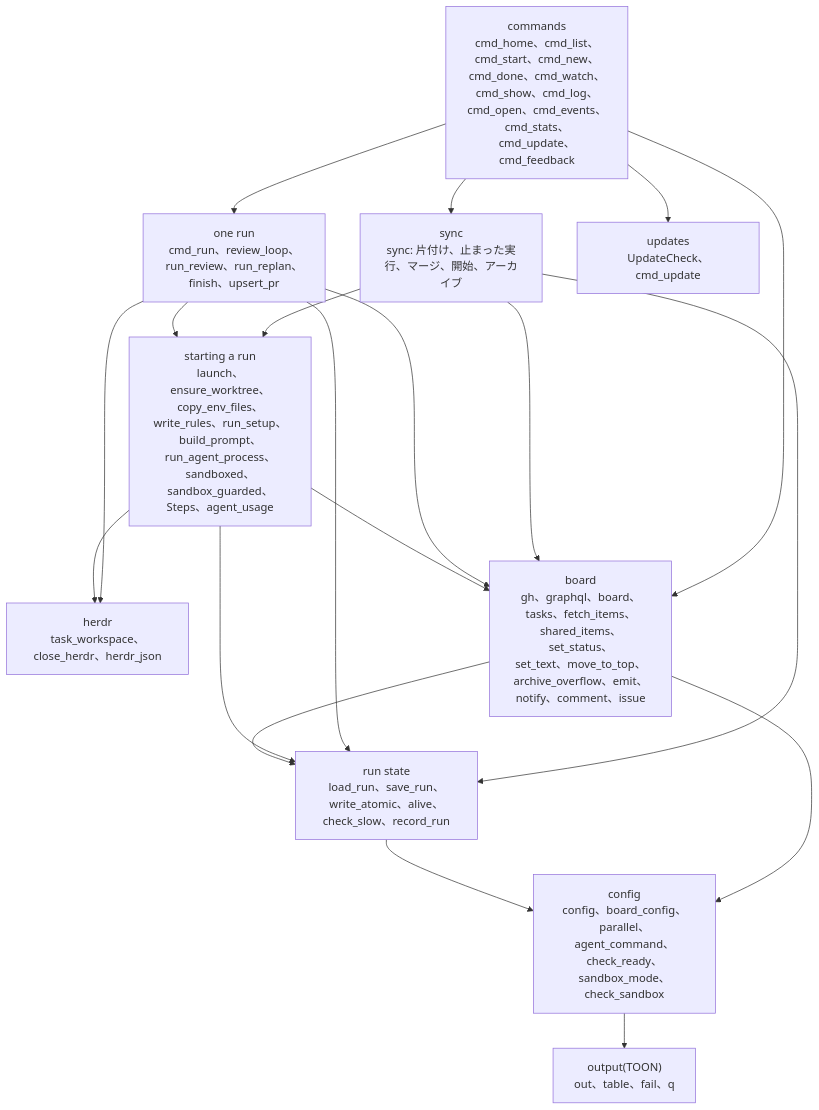
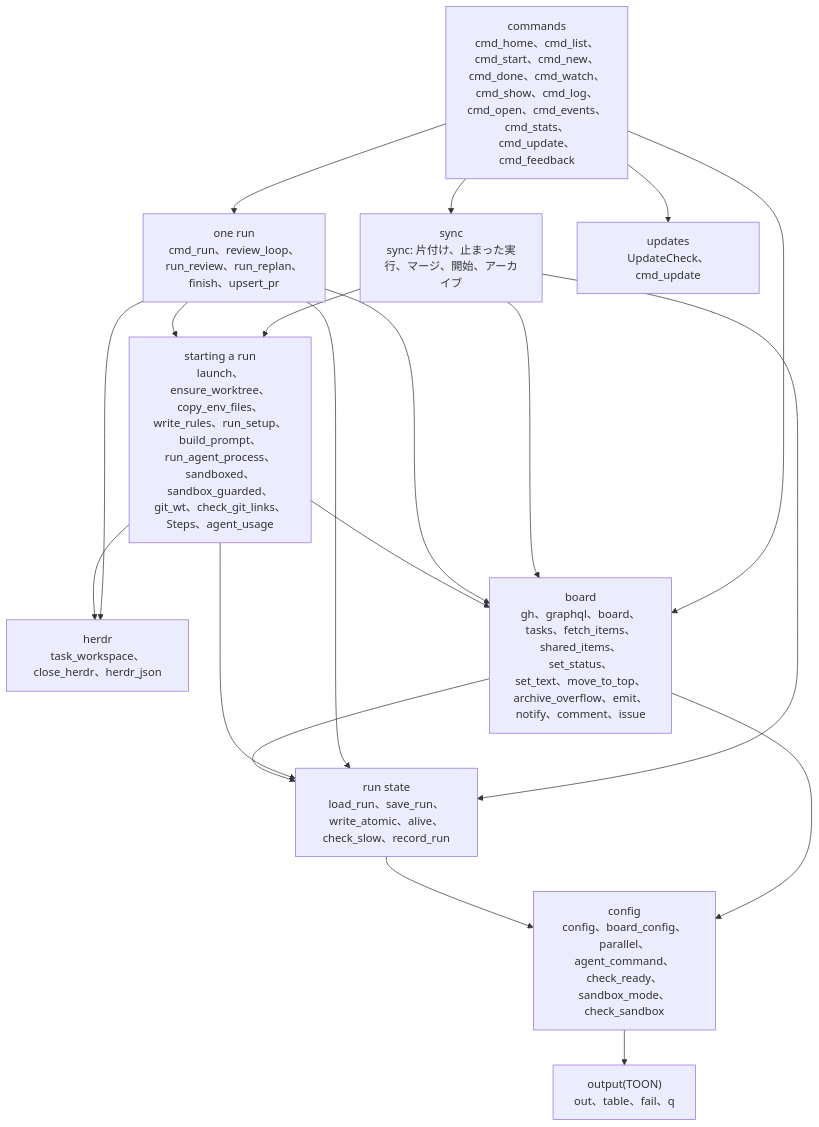
The first of 7 diagrams in docs/architecture/lld.md (jyoka/task-hub), drawn with Mermaid before and after one commit. The commit also changed other lines of this file and 4 other files, not shown here.

````diff
--- a/docs/architecture/lld.md
+++ b/docs/architecture/lld.md
@@ -11,32 +11,32 @@
 ```mermaid
 flowchart TB
     commands["commands<br/>cmd_home、cmd_list、cmd_start、cmd_new、cmd_done、cmd_watch、<br/>cmd_show、cmd_log、cmd_open、cmd_events、cmd_stats、cmd_update、cmd_feedback"]
     sync["sync<br/>sync: 片付け、止まった実行、マージ、開始、アーカイブ"]
     runone["one run<br/>cmd_run、review_loop、run_review、run_replan、finish、upsert_pr"]
-    start["starting a run<br/>launch、ensure_worktree、copy_env_files、write_rules、run_setup、build_prompt、<br/>run_agent_process、sandboxed、sandbox_guarded、Steps、agent_usage"]
+    start["starting a run<br/>launch、ensure_worktree、copy_env_files、write_rules、run_setup、build_prompt、<br/>run_agent_process、sandboxed、sandbox_guarded、git_wt、check_git_links、Steps、agent_usage"]
     herdr["herdr<br/>task_workspace、close_herdr、herdr_json"]
     runstate["run state<br/>load_run、save_run、write_atomic、alive、check_slow、record_run"]
     boardl["board<br/>gh、graphql、board、tasks、fetch_items、shared_items、set_status、<br/>set_text、move_to_top、archive_overflow、emit、notify、comment、issue"]
     config["config<br/>config、board_config、parallel、agent_command、check_ready、sandbox_mode、check_sandbox"]
     output["output(TOON)<br/>out、table、fail、q"]
     updates["updates<br/>UpdateCheck、cmd_update"]
 
     commands --> sync
     commands --> runone
     commands --> boardl
     commands --> updates
     sync --> start
     sync --> boardl
     sync --> runstate
     runone --> start
     runone --> boardl
     runone --> runstate
     runone --> herdr
     start --> herdr
     start --> runstate
     start --> boardl
     boardl --> runstate
     boardl --> config
     runstate --> config
     config --> output
 ```
````
